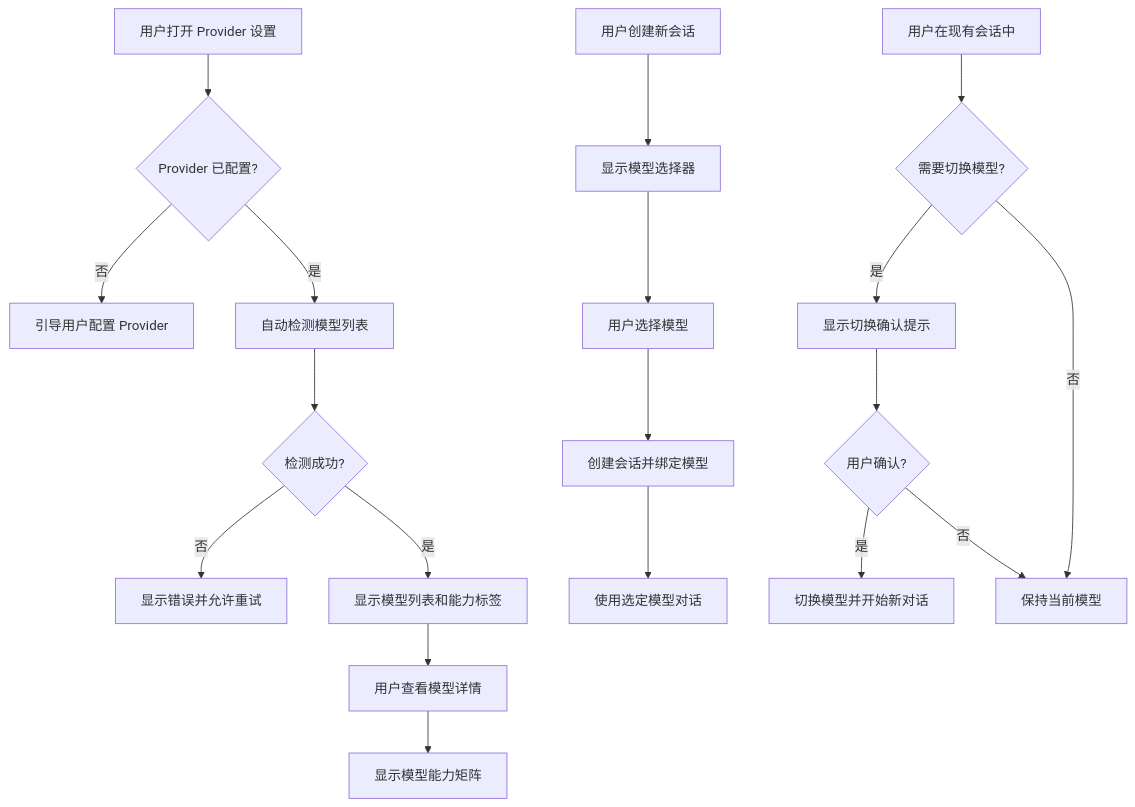
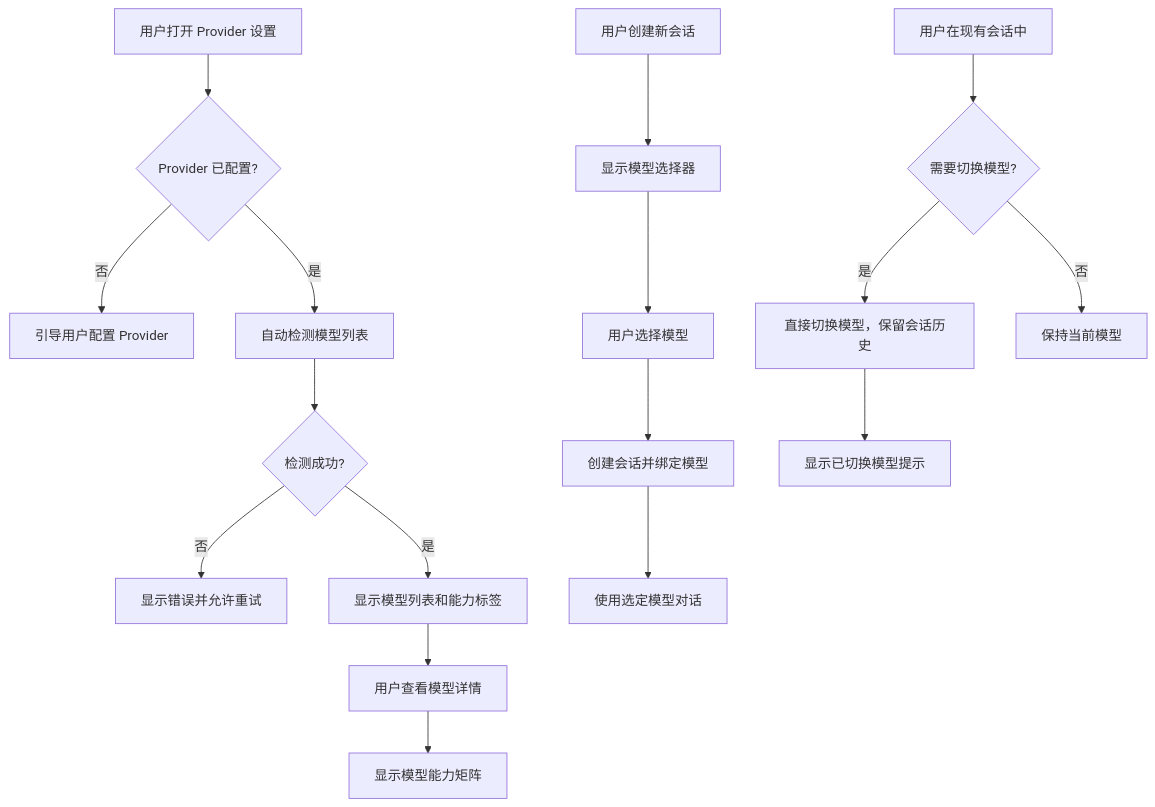
One commit to Quinn-Talor/talor changed the diagram in vibe/features/talor-desktop-model-management/requirements.md. Above: the diagram before and after it, drawn with Mermaid. The commit also changed other lines of this file and 15 other files, not shown here.

````diff
--- a/vibe/features/talor-desktop-model-management/requirements.md
+++ b/vibe/features/talor-desktop-model-management/requirements.md
@@ -242,23 +242,21 @@
 ```mermaid
 graph TD
     A[用户打开 Provider 设置] --> B{Provider 已配置?}
     B -->|否| C[引导用户配置 Provider]
     B -->|是| D[自动检测模型列表]
     D --> E{检测成功?}
     E -->|否| F[显示错误并允许重试]
     E -->|是| G[显示模型列表和能力标签]
     G --> H[用户查看模型详情]
     H --> I[显示模型能力矩阵]
     
     J[用户创建新会话] --> K[显示模型选择器]
     K --> L[用户选择模型]
     L --> M[创建会话并绑定模型]
     M --> N[使用选定模型对话]
     
     O[用户在现有会话中] --> P{需要切换模型?}
-    P -->|是| Q[显示切换确认提示]
-    Q --> R{用户确认?}
-    R -->|是| S[切换模型并开始新对话]
-    R -->|否| T[保持当前模型]
-    P -->|否| T
+    P -->|是| S[直接切换模型，保留会话历史]
+    S --> T[显示已切换模型提示]
+    P -->|否| U[保持当前模型]
 ```
````
